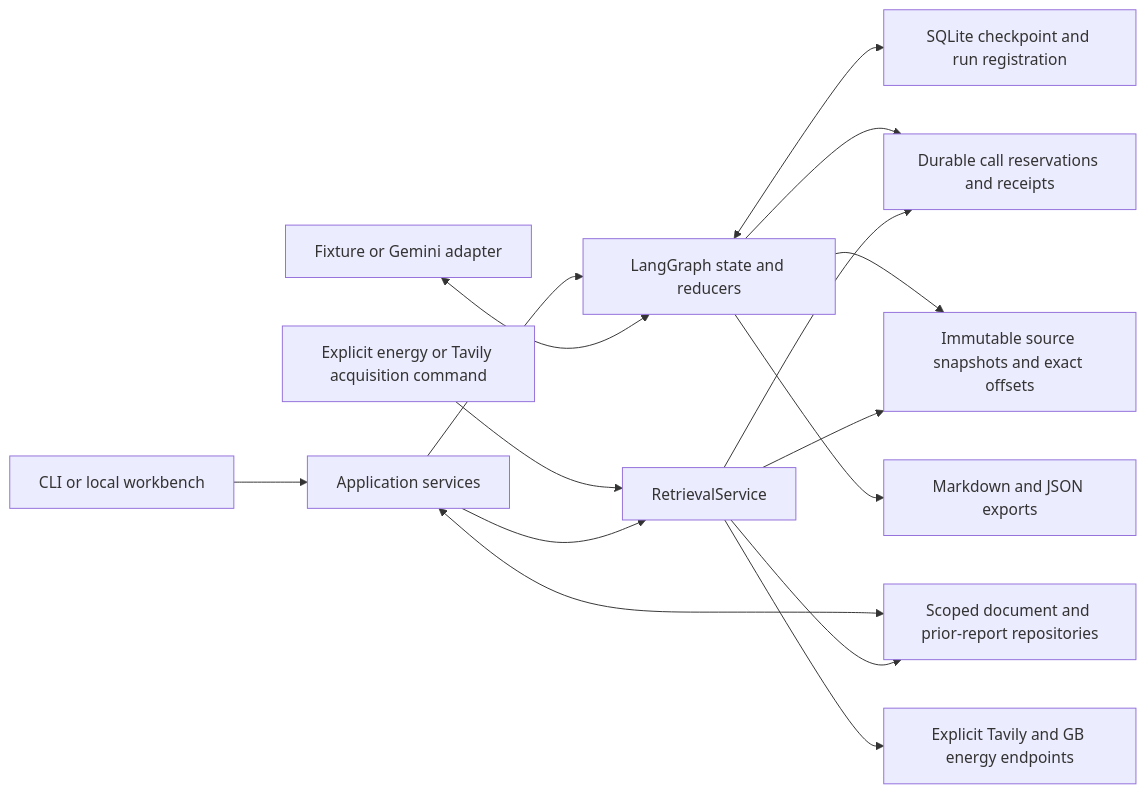
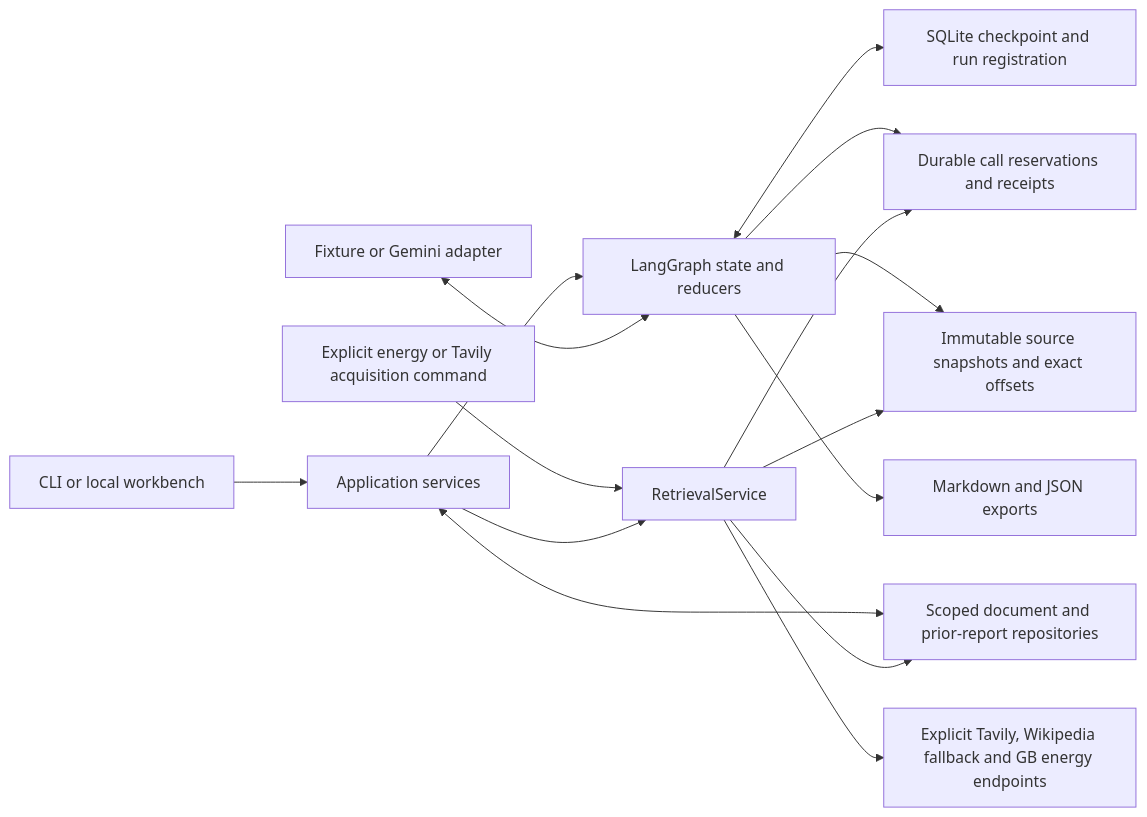
The second of 2 diagrams in docs/submission/ARCHITECTURE.md (cakhiltej9001-source/evidenceforge-ai), drawn with Mermaid before and after one commit. The commit also changed other lines of this file and 1 other file, not shown here.

````diff
--- a/docs/submission/ARCHITECTURE.md
+++ b/docs/submission/ARCHITECTURE.md
@@ -45,17 +49,17 @@
 ```mermaid
 flowchart LR
   ENTRY[CLI or local workbench] --> APP[Application services]
   APP --> GRAPH[LangGraph state and reducers]
   GRAPH <--> CHECKPOINT[SQLite checkpoint and run registration]
   APP <--> DOC[Scoped document and prior-report repositories]
   GRAPH --> LEDGER[Durable call reservations and receipts]
   GRAPH --> SNAPSHOT[Immutable source snapshots and exact offsets]
   GRAPH --> EXPORT[Markdown and JSON exports]
   MODEL[Fixture or Gemini adapter] <--> GRAPH
   ACQUIRE[Explicit energy or Tavily acquisition command] --> RETRIEVAL[RetrievalService]
   APP --> RETRIEVAL
-  RETRIEVAL --> API[Explicit Tavily and GB energy endpoints]
+  RETRIEVAL --> API[Explicit Tavily, Wikipedia fallback and GB energy endpoints]
   RETRIEVAL --> DOC
   RETRIEVAL --> LEDGER
   RETRIEVAL --> SNAPSHOT
 ```
````
